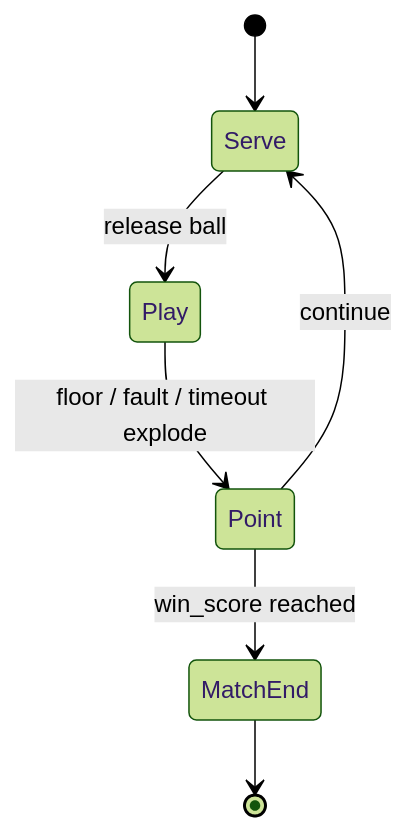
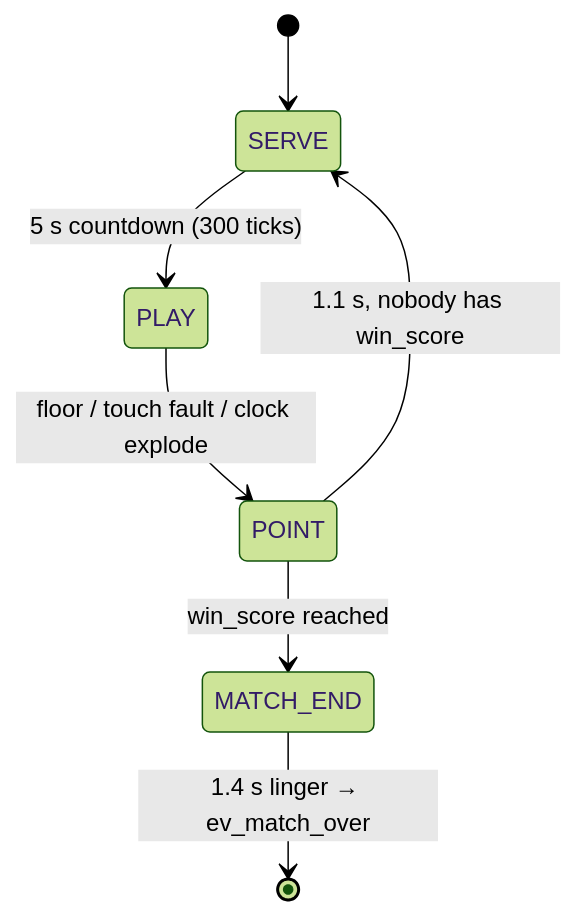
The diagram in .cursor/docs/gameplay.md (GGamezebo/GoofyBall), drawn with Mermaid (forest theme) before and after one commit. The commit also changed other lines of this file and 12 other files, not shown here.

````diff
--- a/.cursor/docs/gameplay.md
+++ b/.cursor/docs/gameplay.md
@@ -20,9 +23,9 @@
 ```mermaid
 stateDiagram-v2
-  [*] --> Serve
-  Serve --> Play: release ball
-  Play --> Point: floor / fault / timeout explode
-  Point --> Serve: continue
-  Point --> MatchEnd: win_score reached
-  MatchEnd --> [*]
+  [*] --> SERVE
+  SERVE --> PLAY: 5 s countdown (300 ticks)
+  PLAY --> POINT: floor / touch fault / clock explode
+  POINT --> SERVE: 1.1 s, nobody has win_score
+  POINT --> MATCH_END: win_score reached
+  MATCH_END --> [*]: 1.4 s linger → ev_match_over
 ```
````
